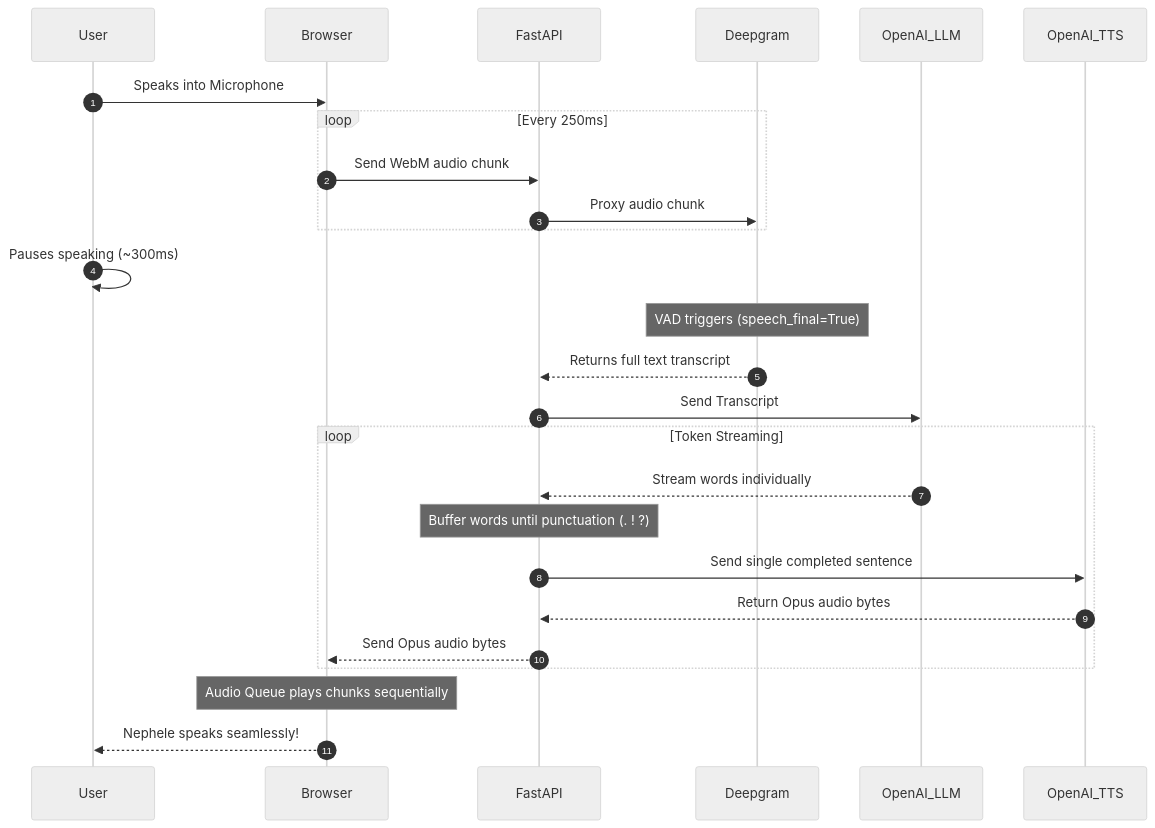
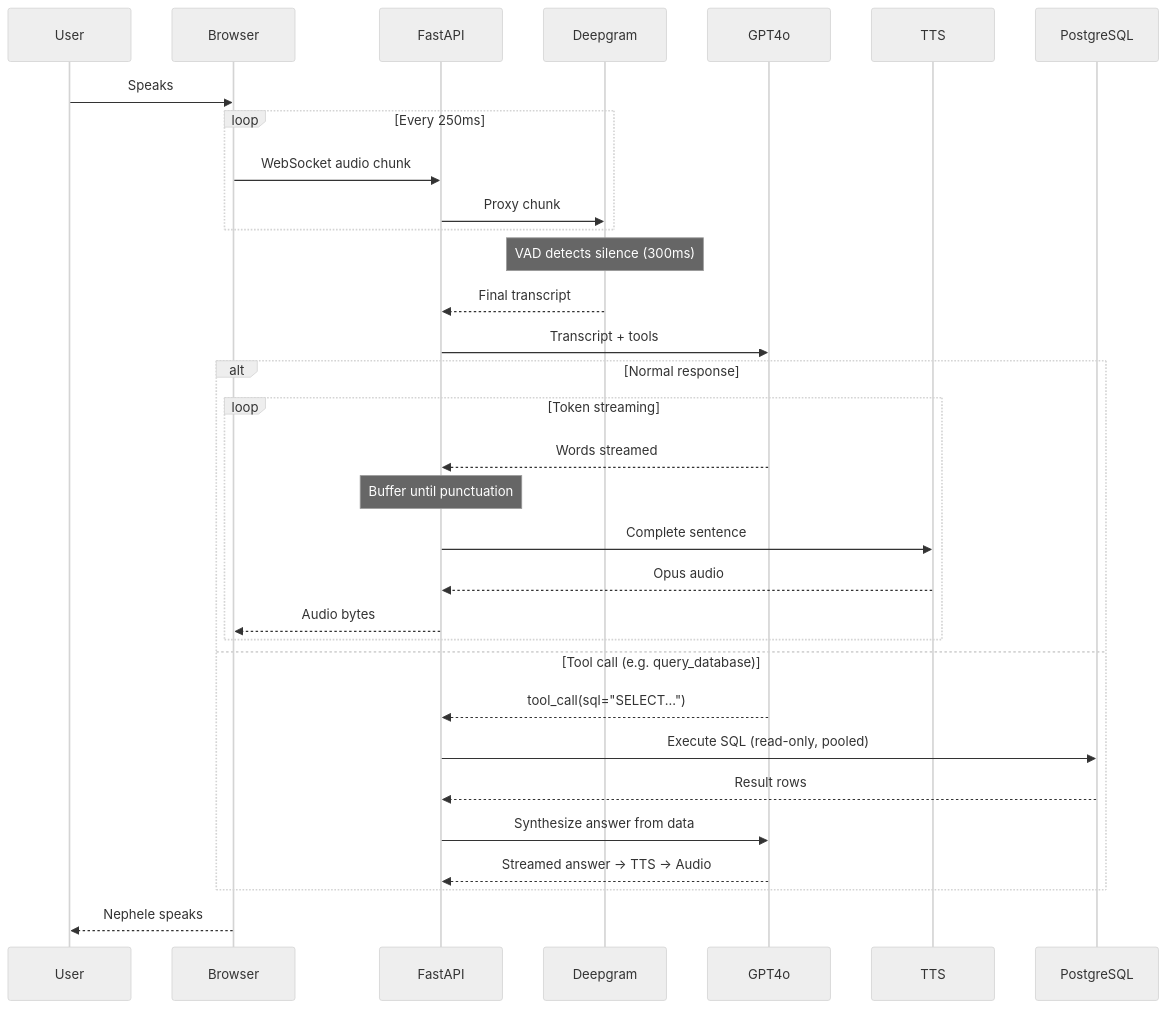
One commit to codesbysaravana/nephele_production changed the diagram in README.md. Above: the diagram before and after it, drawn with Mermaid (neutral theme). The commit also changed other lines of this file and 23 other files, not shown here.

````diff
--- a/README.md
+++ b/README.md
@@ -50,32 +247,38 @@
 ```mermaid
 sequenceDiagram
-    autonumber
     participant User
     participant Browser
     participant FastAPI
     participant Deepgram
-    participant OpenAI_LLM
-    participant OpenAI_TTS
+    participant GPT4o
+    participant TTS
 
-    User->>Browser: Speaks into Microphone
+    User->>Browser: Speaks
     loop Every 250ms
-        Browser->>FastAPI: Send WebM audio chunk
-        FastAPI->>Deepgram: Proxy audio chunk
+        Browser->>FastAPI: WebSocket audio chunk
+        FastAPI->>Deepgram: Proxy chunk
     end
+
+    Note over Deepgram: VAD detects silence (300ms)
+    Deepgram-->>FastAPI: Final transcript
+
+    FastAPI->>GPT4o: Transcript + tools
     
-    User->>User: Pauses speaking (~300ms)
-    Note over Deepgram: VAD triggers (speech_final=True)
-    Deepgram-->>FastAPI: Returns full text transcript
-    
-    FastAPI->>OpenAI_LLM: Send Transcript
-    loop Token Streaming
-        OpenAI_LLM-->>FastAPI: Stream words individually
-        Note over FastAPI: Buffer words until punctuation (. ! ?)
-        FastAPI->>OpenAI_TTS: Send single completed sentence
-        OpenAI_TTS-->>FastAPI: Return Opus audio bytes
-        FastAPI-->>Browser: Send Opus audio bytes
+    alt Normal response
+        loop Token streaming
+            GPT4o-->>FastAPI: Words streamed
+            Note over FastAPI: Buffer until punctuation
+            FastAPI->>TTS: Complete sentence
+            TTS-->>FastAPI: Opus audio
+            FastAPI-->>Browser: Audio bytes
+        end
+    else Tool call (e.g. query_database)
+        GPT4o-->>FastAPI: tool_call(sql="SELECT...")
+        FastAPI->>PostgreSQL: Execute SQL (read-only, pooled)
+        PostgreSQL-->>FastAPI: Result rows
+        FastAPI->>GPT4o: Synthesize answer from data
+        GPT4o-->>FastAPI: Streamed answer → TTS → Audio
     end
-    
-    Note over Browser: Audio Queue plays chunks sequentially
-    Browser-->>User: Nephele speaks seamlessly!
+
+    Browser-->>User: Nephele speaks
 ```
````
